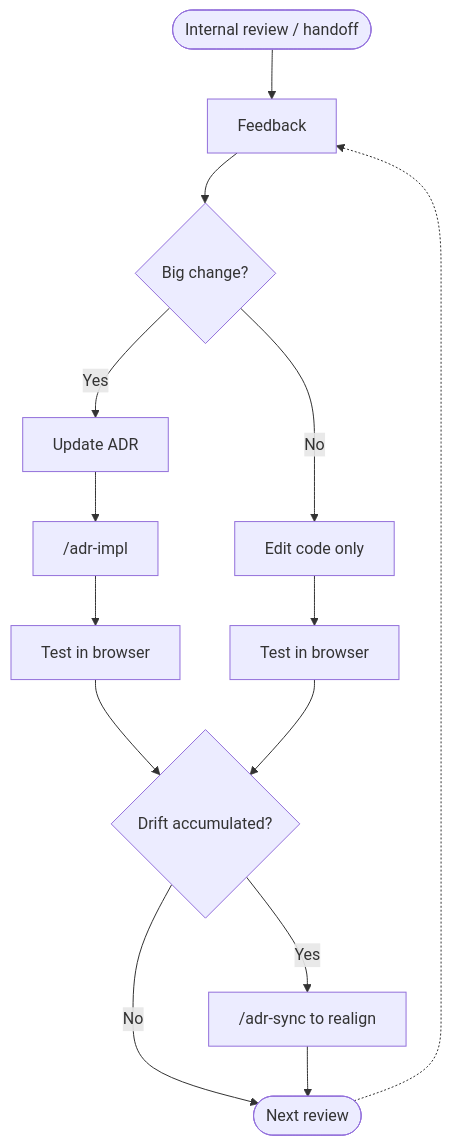
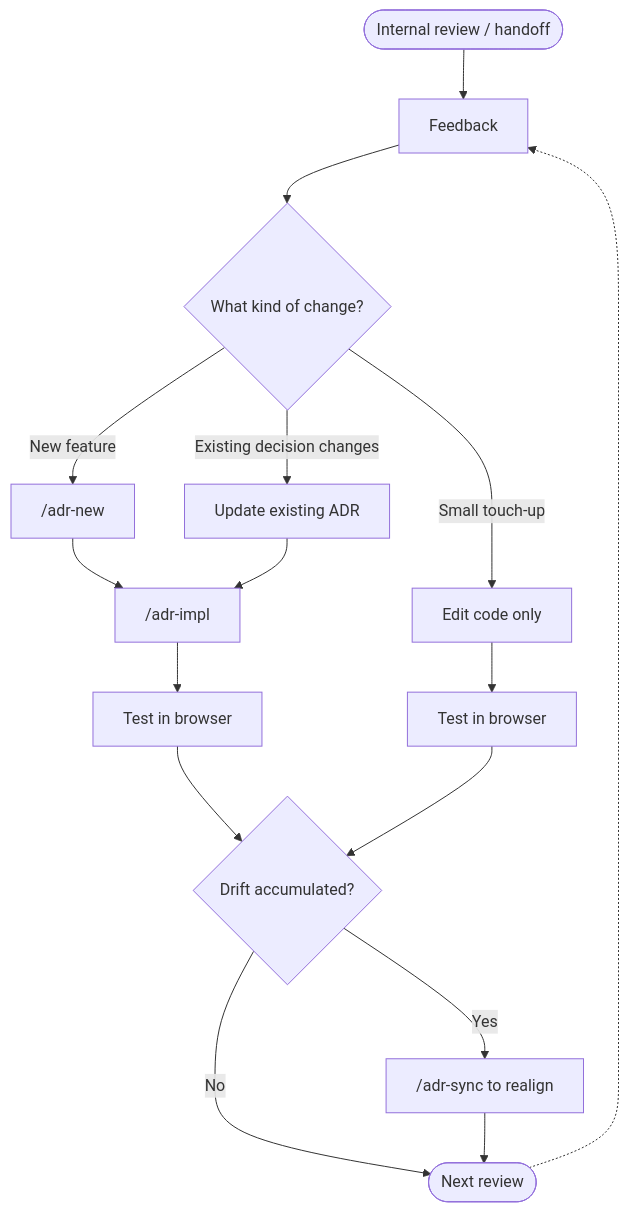
One commit to haandol/ui-poc-workspace changed the diagram in packages/workshop/content/lab-3-development/evolve-poc.en.md. Above: the diagram before and after it, drawn with Mermaid. The commit also changed other lines of this file and 4 other files, not shown here.

````diff
--- a/packages/workshop/content/lab-3-development/evolve-poc.en.md
+++ b/packages/workshop/content/lab-3-development/evolve-poc.en.md
@@ -57,16 +73,18 @@
 ```mermaid
 flowchart TD
     Review([Internal review / handoff]) --> FB[Feedback]
-    FB --> Big{Big change?}
-    Big -- Yes --> A1[Update ADR]
-    A1 --> Impl["/adr-impl"]
+    FB --> Kind{What kind of change?}
+    Kind -- New feature --> New["/adr-new"]
+    Kind -- Existing decision changes --> A1[Update existing ADR]
+    Kind -- Small touch-up --> Code[Edit code only]
+    New --> Impl["/adr-impl"]
+    A1 --> Impl
     Impl --> Test1[Test in browser]
-    Big -- No --> Code[Edit code only]
     Code --> Test2[Test in browser]
     Test1 --> Drift{Drift accumulated?}
     Test2 --> Drift
     Drift -- Yes --> Sync["/adr-sync to realign"]
     Drift -- No --> Next([Next review])
     Sync --> Next
     Next -.-> FB
 ```
````
